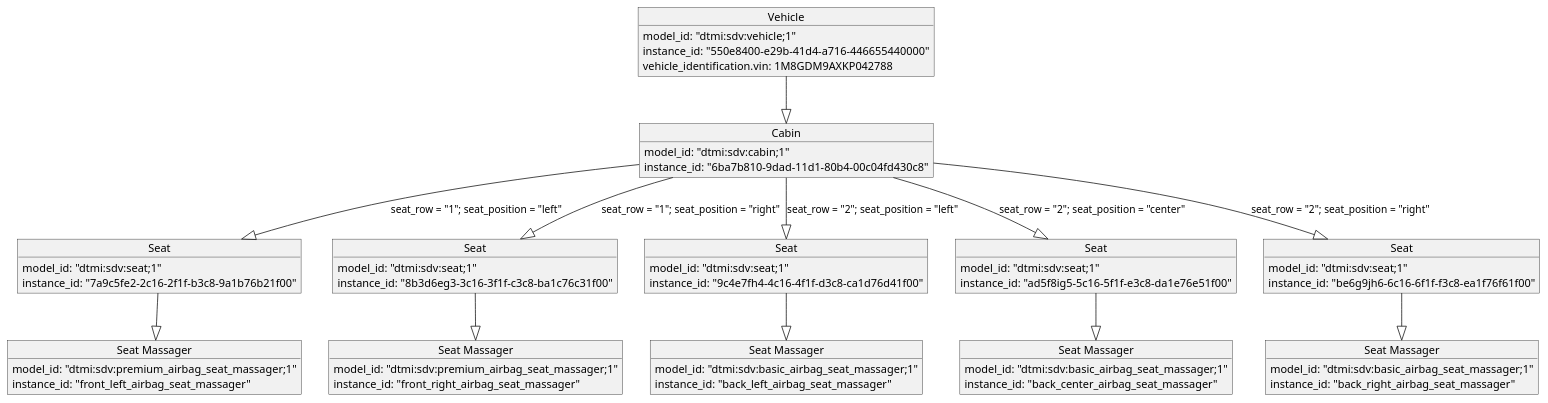
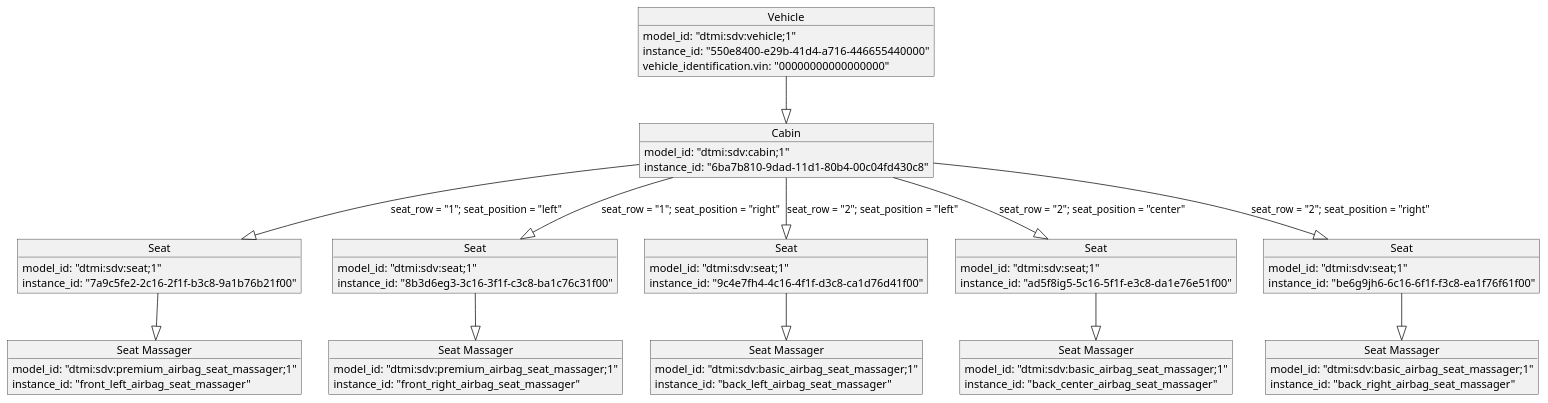
One commit to eclipse-ibeji/ibeji changed the diagram in docs/samples/digital_twin_graph/diagrams/vehicle_graph.puml. Above: the diagram before and after it, drawn with PlantUML. The commit also changed 4 other files, not shown here.

Commit message:
Digital Twin Graph

```diff
--- a/docs/samples/digital_twin_graph/diagrams/vehicle_graph.puml
+++ b/docs/samples/digital_twin_graph/diagrams/vehicle_graph.puml
@@ -1,78 +1,78 @@
 @startuml
 
 object Vehicle {
   model_id: "dtmi:sdv:vehicle;1"
   instance_id: "550e8400-e29b-41d4-a716-446655440000"
-  vehicle_identification.vin: 1M8GDM9AXKP042788
+  vehicle_identification.vin: "00000000000000000"
 }
 
 object Cabin {
   model_id: "dtmi:sdv:cabin;1"
   instance_id: "6ba7b810-9dad-11d1-80b4-00c04fd430c8"
 }
 
 object "Seat" as front_left_seat {
   model_id: "dtmi:sdv:seat;1"
   instance_id: "7a9c5fe2-2c16-2f1f-b3c8-9a1b76b21f00"
 }
 
 object "Seat" as front_right_seat {
   model_id: "dtmi:sdv:seat;1"
   instance_id: "8b3d6eg3-3c16-3f1f-c3c8-ba1c76c31f00"
 }
 
 object "Seat" as back_left_seat {
   model_id: "dtmi:sdv:seat;1"
   instance_id: "9c4e7fh4-4c16-4f1f-d3c8-ca1d76d41f00"
 }
 
 object "Seat" as back_center_seat {
   model_id: "dtmi:sdv:seat;1"
   instance_id: "ad5f8ig5-5c16-5f1f-e3c8-da1e76e51f00"
 }
 
 object "Seat" as back_right_seat {
   model_id: "dtmi:sdv:seat;1"
   instance_id: "be6g9jh6-6c16-6f1f-f3c8-ea1f76f61f00"
 }
 
 object "Seat Massager" as front_left_seat_massager {
   model_id: "dtmi:sdv:premium_airbag_seat_massager;1"
   instance_id: "front_left_airbag_seat_massager"
 }
 
 object "Seat Massager" as front_right_seat_massager {
   model_id: "dtmi:sdv:premium_airbag_seat_massager;1"
   instance_id: "front_right_airbag_seat_massager"
 }
 
 object "Seat Massager" as back_left_seat_massager {
   model_id: "dtmi:sdv:basic_airbag_seat_massager;1"
   instance_id: "back_left_airbag_seat_massager"
 }
 
 object "Seat Massager" as back_center_seat_massager {
   model_id: "dtmi:sdv:basic_airbag_seat_massager;1"
   instance_id: "back_center_airbag_seat_massager"
 }
 
 object "Seat Massager" as back_right_seat_massager {
   model_id: "dtmi:sdv:basic_airbag_seat_massager;1"
   instance_id: "back_right_airbag_seat_massager"
 }
 
 Vehicle --|> Cabin
 
 Cabin --|> front_left_seat: seat_row = "1"; seat_position = "left"
 Cabin --|> front_right_seat: seat_row = "1"; seat_position = "right"
 Cabin --|> back_left_seat: seat_row = "2"; seat_position = "left"
 Cabin --|> back_center_seat: seat_row = "2"; seat_position = "center"
 Cabin --|> back_right_seat: seat_row = "2"; seat_position = "right"
 
 front_left_seat --|> front_left_seat_massager
 front_right_seat --|> front_right_seat_massager
 back_left_seat --|> back_left_seat_massager
 back_center_seat --|> back_center_seat_massager
 back_right_seat --|> back_right_seat_massager
 
 @enduml
```
